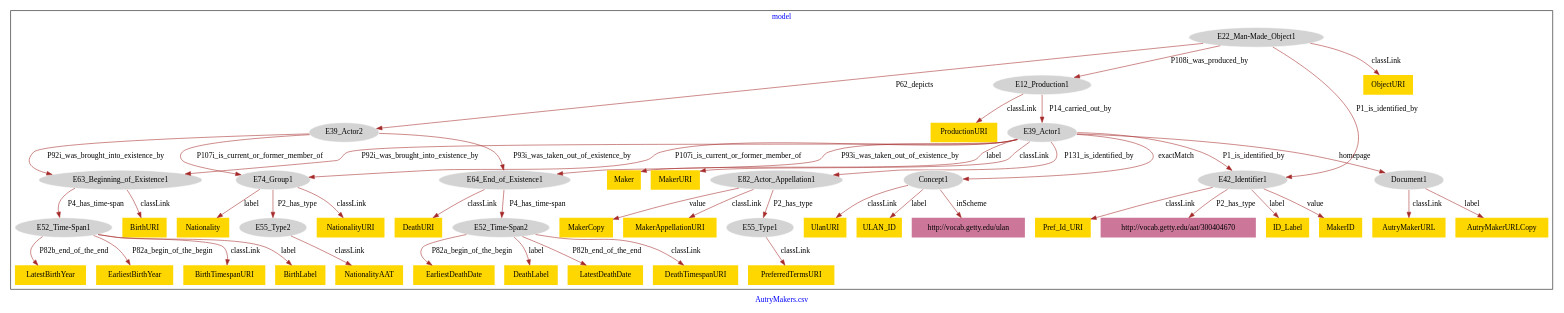
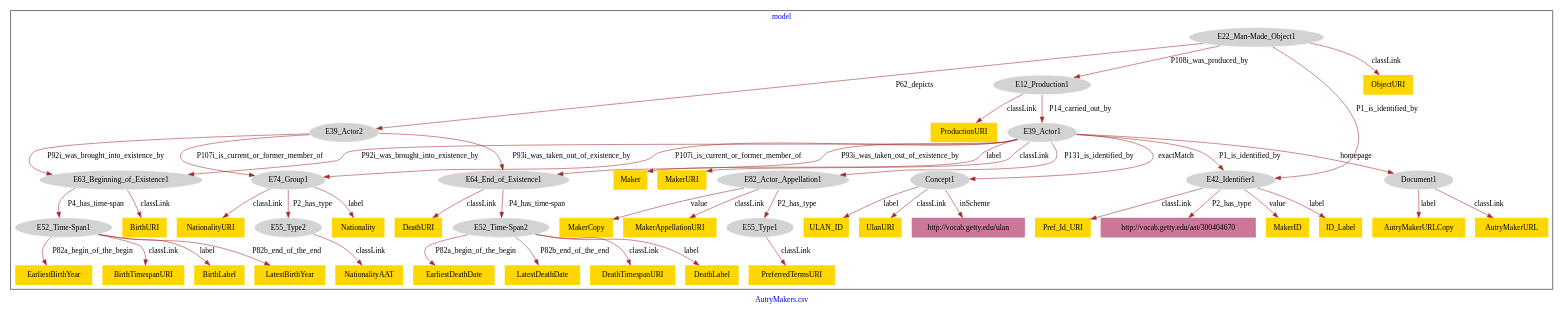
Before and after one commit to american-art/autry: the diagram in AutryMakers/AutryMakers-model.dot, drawn with Graphviz.

Commit message:
Update file AutryMakers-model.dot

```diff
--- a/AutryMakers/AutryMakers-model.dot
+++ b/AutryMakers/AutryMakers-model.dot
@@ -1,99 +1,99 @@
 digraph n0 {
 fontcolor="blue"
 remincross="true"
 label="AutryMakers.csv"
 subgraph cluster {
 label="model"
 n2[style="filled",color="white",fillcolor="lightgray",label="E12_Production1"];
 n3[style="filled",color="white",fillcolor="lightgray",label="E39_Actor1"];
 n4[style="filled",color="white",fillcolor="lightgray",label="E22_Man-Made_Object1"];
 n5[style="filled",color="white",fillcolor="lightgray",label="E39_Actor2"];
 n6[style="filled",color="white",fillcolor="lightgray",label="E42_Identifier1"];
 n7[style="filled",color="white",fillcolor="lightgray",label="E64_End_of_Existence1"];
 n8[style="filled",color="white",fillcolor="lightgray",label="E82_Actor_Appellation1"];
 n9[style="filled",color="white",fillcolor="lightgray",label="Concept1"];
 n10[style="filled",color="white",fillcolor="lightgray",label="Document1"];
 n11[style="filled",color="white",fillcolor="lightgray",label="E63_Beginning_of_Existence1"];
 n12[style="filled",color="white",fillcolor="lightgray",label="E74_Group1"];
 n13[style="filled",color="white",fillcolor="lightgray",label="E52_Time-Span1"];
 n14[style="filled",color="white",fillcolor="lightgray",label="E52_Time-Span2"];
 n15[style="filled",color="white",fillcolor="lightgray",label="E55_Type2"];
 n16[style="filled",color="white",fillcolor="lightgray",label="E55_Type1"];
-n17[shape="plaintext",style="filled",fillcolor="gold",label="PreferredTermsURI"];
-n18[shape="plaintext",style="filled",fillcolor="gold",label="DeathURI"];
-n19[shape="plaintext",style="filled",fillcolor="gold",label="NationalityURI"];
-n20[shape="plaintext",style="filled",fillcolor="gold",label="DeathTimespanURI"];
-n21[shape="plaintext",style="filled",fillcolor="gold",label="EarliestDeathDate"];
-n22[shape="plaintext",style="filled",fillcolor="gold",label="MakerCopy"];
-n23[shape="plaintext",style="filled",fillcolor="gold",label="EarliestBirthYear"];
-n24[shape="plaintext",style="filled",fillcolor="gold",label="DeathLabel"];
-n25[shape="plaintext",style="filled",fillcolor="gold",label="ID_Label"];
-n26[shape="plaintext",style="filled",fillcolor="gold",label="LatestDeathDate"];
-n27[shape="plaintext",style="filled",fillcolor="gold",label="AutryMakerURLCopy"];
+n17[shape="plaintext",style="filled",fillcolor="gold",label="BirthTimespanURI"];
+n18[shape="plaintext",style="filled",fillcolor="gold",label="DeathLabel"];
+n19[shape="plaintext",style="filled",fillcolor="gold",label="Maker"];
+n20[shape="plaintext",style="filled",fillcolor="gold",label="BirthLabel"];
+n21[shape="plaintext",style="filled",fillcolor="gold",label="ULAN_ID"];
+n22[shape="plaintext",style="filled",fillcolor="gold",label="AutryMakerURL"];
+n23[shape="plaintext",style="filled",fillcolor="gold",label="MakerCopy"];
+n24[shape="plaintext",style="filled",fillcolor="gold",label="Nationality"];
+n25[shape="plaintext",style="filled",fillcolor="gold",label="NationalityAAT"];
+n26[shape="plaintext",style="filled",fillcolor="gold",label="AutryMakerURLCopy"];
+n27[shape="plaintext",style="filled",fillcolor="gold",label="MakerID"];
 n28[shape="plaintext",style="filled",fillcolor="gold",label="UlanURI"];
-n29[shape="plaintext",style="filled",fillcolor="gold",label="BirthTimespanURI"];
-n30[shape="plaintext",style="filled",fillcolor="gold",label="BirthLabel"];
-n31[shape="plaintext",style="filled",fillcolor="gold",label="NationalityAAT"];
-n32[shape="plaintext",style="filled",fillcolor="gold",label="BirthURI"];
-n33[shape="plaintext",style="filled",fillcolor="gold",label="ProductionURI"];
-n34[shape="plaintext",style="filled",fillcolor="gold",label="LatestBirthYear"];
-n35[shape="plaintext",style="filled",fillcolor="gold",label="MakerID"];
-n36[shape="plaintext",style="filled",fillcolor="gold",label="Pref_Id_URI"];
-n37[shape="plaintext",style="filled",fillcolor="gold",label="Nationality"];
-n38[shape="plaintext",style="filled",fillcolor="gold",label="Maker"];
-n39[shape="plaintext",style="filled",fillcolor="gold",label="ObjectURI"];
-n40[shape="plaintext",style="filled",fillcolor="gold",label="MakerAppellationURI"];
+n29[shape="plaintext",style="filled",fillcolor="gold",label="MakerAppellationURI"];
+n30[shape="plaintext",style="filled",fillcolor="gold",label="EarliestDeathDate"];
+n31[shape="plaintext",style="filled",fillcolor="gold",label="LatestBirthYear"];
+n32[shape="plaintext",style="filled",fillcolor="gold",label="LatestDeathDate"];
+n33[shape="plaintext",style="filled",fillcolor="gold",label="DeathTimespanURI"];
+n34[shape="plaintext",style="filled",fillcolor="gold",label="ID_Label"];
+n35[shape="plaintext",style="filled",fillcolor="gold",label="Pref_Id_URI"];
+n36[shape="plaintext",style="filled",fillcolor="gold",label="BirthURI"];
+n37[shape="plaintext",style="filled",fillcolor="gold",label="PreferredTermsURI"];
+n38[shape="plaintext",style="filled",fillcolor="gold",label="EarliestBirthYear"];
+n39[shape="plaintext",style="filled",fillcolor="gold",label="NationalityURI"];
+n40[shape="plaintext",style="filled",fillcolor="gold",label="ProductionURI"];
 n41[shape="plaintext",style="filled",fillcolor="gold",label="MakerURI"];
-n42[shape="plaintext",style="filled",fillcolor="gold",label="ULAN_ID"];
-n43[shape="plaintext",style="filled",fillcolor="gold",label="AutryMakerURL"];
+n42[shape="plaintext",style="filled",fillcolor="gold",label="DeathURI"];
+n43[shape="plaintext",style="filled",fillcolor="gold",label="ObjectURI"];
 n44[shape="plaintext",style="filled",fillcolor="#CC7799",label="http://vocab.getty.edu/aat/300404670"];
 n45[shape="plaintext",style="filled",fillcolor="#CC7799",label="http://vocab.getty.edu/ulan"];
 }
 n2 -> n3[color="brown",fontcolor="black",label="P14_carried_out_by"]
 n4 -> n2[color="brown",fontcolor="black",label="P108i_was_produced_by"]
 n4 -> n5[color="brown",fontcolor="black",label="P62_depicts"]
 n4 -> n6[color="brown",fontcolor="black",label="P1_is_identified_by"]
 n3 -> n7[color="brown",fontcolor="black",label="P93i_was_taken_out_of_existence_by"]
 n3 -> n8[color="brown",fontcolor="black",label="P131_is_identified_by"]
 n3 -> n9[color="brown",fontcolor="black",label="exactMatch"]
 n3 -> n10[color="brown",fontcolor="black",label="homepage"]
 n5 -> n11[color="brown",fontcolor="black",label="P92i_was_brought_into_existence_by"]
 n5 -> n12[color="brown",fontcolor="black",label="P107i_is_current_or_former_member_of"]
 n11 -> n13[color="brown",fontcolor="black",label="P4_has_time-span"]
 n7 -> n14[color="brown",fontcolor="black",label="P4_has_time-span"]
 n12 -> n15[color="brown",fontcolor="black",label="P2_has_type"]
 n8 -> n16[color="brown",fontcolor="black",label="P2_has_type"]
-n16 -> n17[color="brown",fontcolor="black",label="classLink"]
-n7 -> n18[color="brown",fontcolor="black",label="classLink"]
-n12 -> n19[color="brown",fontcolor="black",label="classLink"]
-n14 -> n20[color="brown",fontcolor="black",label="classLink"]
-n14 -> n21[color="brown",fontcolor="black",label="P82a_begin_of_the_begin"]
-n8 -> n22[color="brown",fontcolor="black",label="value"]
-n13 -> n23[color="brown",fontcolor="black",label="P82a_begin_of_the_begin"]
-n14 -> n24[color="brown",fontcolor="black",label="label"]
-n6 -> n25[color="brown",fontcolor="black",label="label"]
-n14 -> n26[color="brown",fontcolor="black",label="P82b_end_of_the_end"]
-n10 -> n27[color="brown",fontcolor="black",label="label"]
+n13 -> n17[color="brown",fontcolor="black",label="classLink"]
+n14 -> n18[color="brown",fontcolor="black",label="label"]
+n3 -> n19[color="brown",fontcolor="black",label="label"]
+n13 -> n20[color="brown",fontcolor="black",label="label"]
+n9 -> n21[color="brown",fontcolor="black",label="label"]
+n10 -> n22[color="brown",fontcolor="black",label="classLink"]
+n8 -> n23[color="brown",fontcolor="black",label="value"]
+n12 -> n24[color="brown",fontcolor="black",label="label"]
+n15 -> n25[color="brown",fontcolor="black",label="classLink"]
+n10 -> n26[color="brown",fontcolor="black",label="label"]
+n6 -> n27[color="brown",fontcolor="black",label="value"]
 n9 -> n28[color="brown",fontcolor="black",label="classLink"]
-n13 -> n29[color="brown",fontcolor="black",label="classLink"]
-n13 -> n30[color="brown",fontcolor="black",label="label"]
-n15 -> n31[color="brown",fontcolor="black",label="classLink"]
-n11 -> n32[color="brown",fontcolor="black",label="classLink"]
-n2 -> n33[color="brown",fontcolor="black",label="classLink"]
-n13 -> n34[color="brown",fontcolor="black",label="P82b_end_of_the_end"]
-n6 -> n35[color="brown",fontcolor="black",label="value"]
-n6 -> n36[color="brown",fontcolor="black",label="classLink"]
-n12 -> n37[color="brown",fontcolor="black",label="label"]
-n3 -> n38[color="brown",fontcolor="black",label="label"]
-n4 -> n39[color="brown",fontcolor="black",label="classLink"]
-n8 -> n40[color="brown",fontcolor="black",label="classLink"]
+n8 -> n29[color="brown",fontcolor="black",label="classLink"]
+n14 -> n30[color="brown",fontcolor="black",label="P82a_begin_of_the_begin"]
+n13 -> n31[color="brown",fontcolor="black",label="P82b_end_of_the_end"]
+n14 -> n32[color="brown",fontcolor="black",label="P82b_end_of_the_end"]
+n14 -> n33[color="brown",fontcolor="black",label="classLink"]
+n6 -> n34[color="brown",fontcolor="black",label="label"]
+n6 -> n35[color="brown",fontcolor="black",label="classLink"]
+n11 -> n36[color="brown",fontcolor="black",label="classLink"]
+n16 -> n37[color="brown",fontcolor="black",label="classLink"]
+n13 -> n38[color="brown",fontcolor="black",label="P82a_begin_of_the_begin"]
+n12 -> n39[color="brown",fontcolor="black",label="classLink"]
+n2 -> n40[color="brown",fontcolor="black",label="classLink"]
 n3 -> n41[color="brown",fontcolor="black",label="classLink"]
-n9 -> n42[color="brown",fontcolor="black",label="label"]
-n10 -> n43[color="brown",fontcolor="black",label="classLink"]
+n7 -> n42[color="brown",fontcolor="black",label="classLink"]
+n4 -> n43[color="brown",fontcolor="black",label="classLink"]
 n5 -> n7[color="brown",fontcolor="black",label="P93i_was_taken_out_of_existence_by"]
 n6 -> n44[color="brown",fontcolor="black",label="P2_has_type"]
 n3 -> n6[color="brown",fontcolor="black",label="P1_is_identified_by"]
 n3 -> n11[color="brown",fontcolor="black",label="P92i_was_brought_into_existence_by"]
 n9 -> n45[color="brown",fontcolor="black",label="inScheme"]
 n3 -> n12[color="brown",fontcolor="black",label="P107i_is_current_or_former_member_of"]
 }
```
